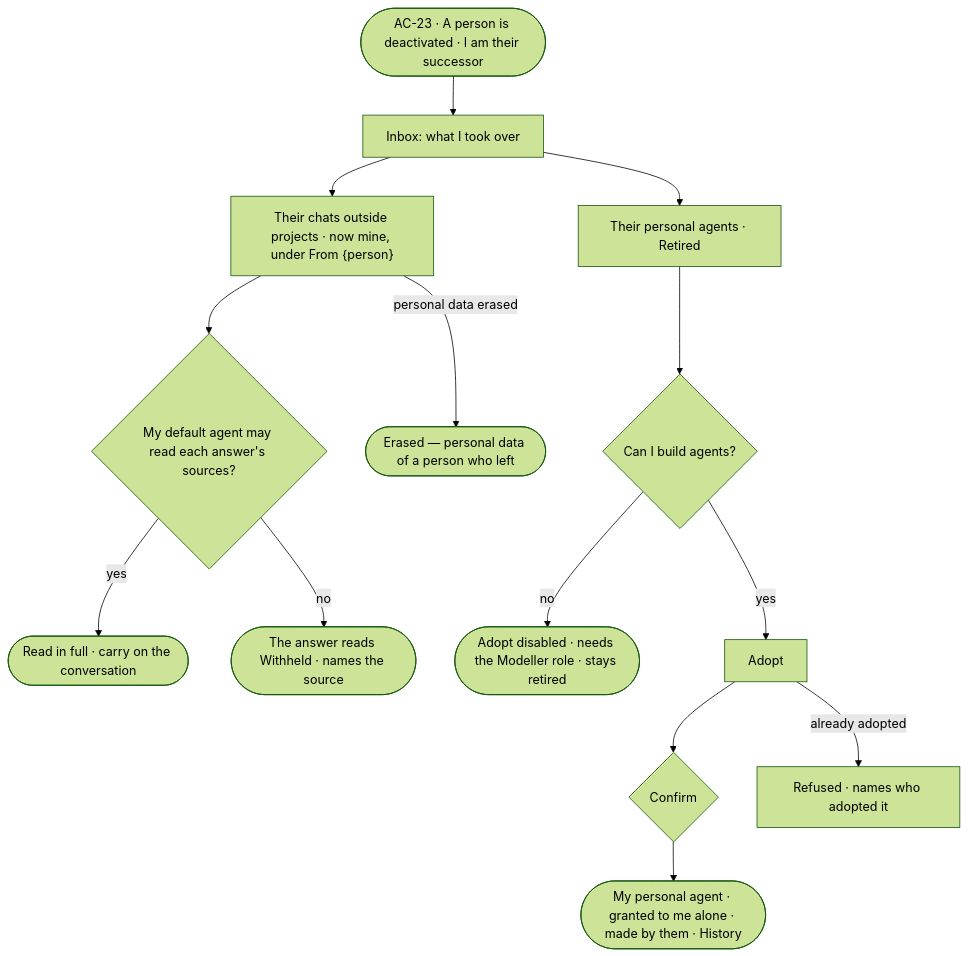
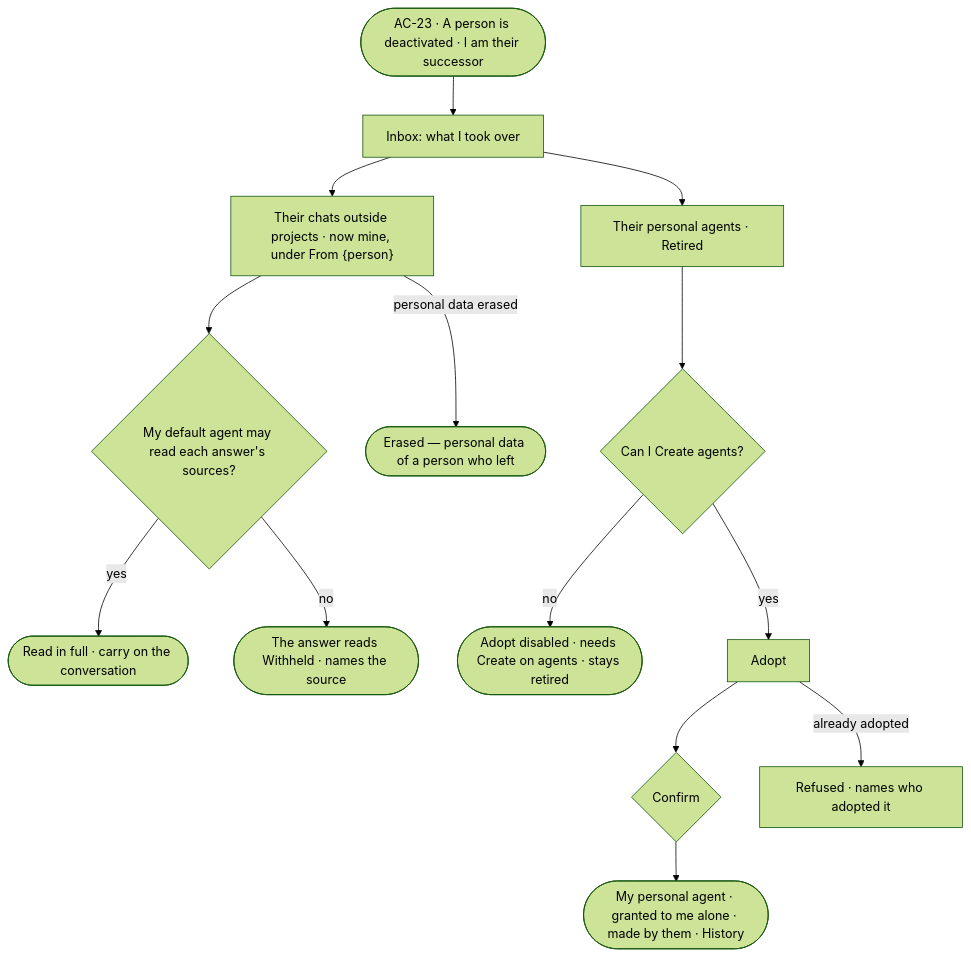
One commit to invana/invana changed the diagram in specs/os/access/features/AC-F07-ownership/stories/AC-43-adopt-a-departed-persons-agent-and-chats/story.md. Above: the diagram before and after it, drawn with Mermaid (forest theme). The commit also changed other lines of this file and 236 other files, not shown here.

````diff
--- a/specs/os/access/features/AC-F07-ownership/stories/AC-43-adopt-a-departed-persons-agent-and-chats/story.md
+++ b/specs/os/access/features/AC-F07-ownership/stories/AC-43-adopt-a-departed-persons-agent-and-chats/story.md
@@ -27,16 +27,16 @@
 ```mermaid
 flowchart TD
   d([AC-23 · A person is deactivated · I am their successor]) --> inbox["Inbox: what I took over"]
   inbox --> ch["Their chats outside projects · now mine, under From {person}"]
   ch --> rd{"My default agent may read each answer's sources?"}
   rd -->|yes| full(["Read in full · carry on the conversation"])
   rd -->|no| wh(["The answer reads Withheld · names the source"])
   ch -->|personal data erased| er(["Erased — personal data of a person who left"])
   inbox --> ag["Their personal agents · Retired"]
-  ag --> role{"Can I build agents?"}
-  role -->|no| dis(["Adopt disabled · needs the Modeller role · stays retired"])
-  role -->|yes| ad["Adopt"]
+  ag --> can{"Can I Create agents?"}
+  can -->|no| dis(["Adopt disabled · needs Create on agents · stays retired"])
+  can -->|yes| ad["Adopt"]
   ad --> pw{"Confirm"}
   pw --> mine(["My personal agent · granted to me alone · made by them · History"])
   ad -->|already adopted| ref["Refused · names who adopted it"]
 ```
````
